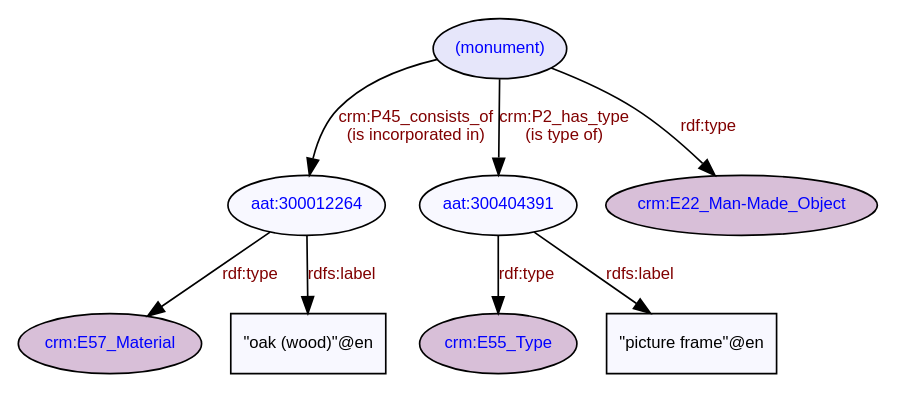
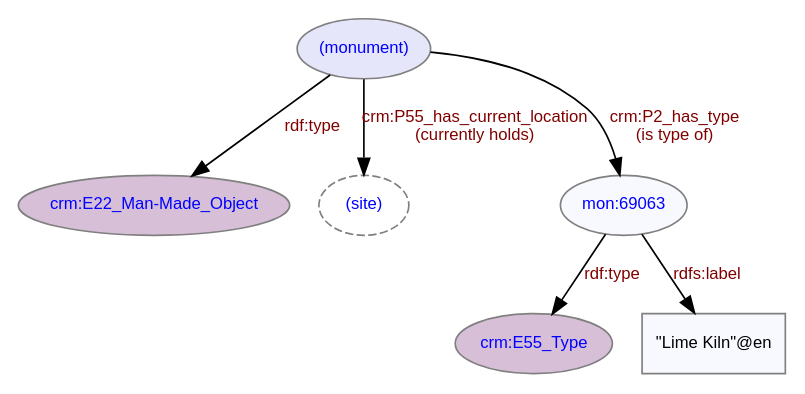
Before and after one commit to cbinding/LD4HE: the diagram in diagrams/ld4he-monument.dot, drawn with Graphviz. The commit also changed 66 other files, not shown here.

```diff
--- a/diagrams/ld4he-monument.dot
+++ b/diagrams/ld4he-monument.dot
@@ -1,21 +1,16 @@
 digraph {
    // label = "Monument";
    // labelloc = "t";
-   node [fontcolor=blue, fontsize=10, fontname=Arial, style=filled, fillcolor=ghostwhite];
-   edge [color=black, fontcolor=maroon, fontsize=10, fontname=Arial ];
-   "aat:300012264" [target="aat", URL="http://vocab.getty.edu/aat/300012264"];   
-   "aat:300404391" [target="aat", URL="http://vocab.getty.edu/aat/300404391"];
+   node [color=gray, fontcolor=blue, fontsize=10, fontname=Arial, style=filled, fillcolor=ghostwhite];
+   edge [color=black, fontcolor=maroon, fontsize=10, fontname=Arial];
    "crm:E22_Man-Made_Object" [fillcolor=thistle, target="crm", URL="http://www.cidoc-crm.org/cidoc-crm/E22_Man-Made_Object"];
-   "crm:E57_Material" [fillcolor=thistle, target="crm", URL="http://www.cidoc-crm.org/cidoc-crm/E57_Material"];
+   "crm:E55_Type" [fillcolor=thistle, target="crm", URL="http://www.cidoc-crm.org/cidoc-crm/E55_Type"];
+   "(site)" [style=dashed];
    "(monument)" [fillcolor=lavender];
-   "(monument)" -> "crm:E22_Man-Made_Object" [label="rdf:type", labelURL="http://www.w3.org/1999/02/22-rdf-syntax-ns#type"];
-   "(monument)" -> "aat:300012264" [label="crm:P45_consists_of\n(is incorporated in)", labelURL="http://www.cidoc-crm.org/cidoc-crm/P45_consists_of"];
-   "aat:300012264" -> "crm:E57_Material" [label="rdf:type", labelURL="http://www.w3.org/1999/02/22-rdf-syntax-ns#type"];  
-   "\"oak (wood)\"@en" [shape=box, fontcolor=black];
-   "aat:300012264" -> "\"oak (wood)\"@en" [label="rdfs:label", labelURL="http://www.w3.org/2000/01/rdf-schema#label"];
-   "crm:E55_Type" [fillcolor=thistle, target="crm", URL="http://www.cidoc-crm.org/cidoc-crm/E55_Type"];
-   "(monument)" -> "aat:300404391" [label="crm:P2_has_type\n(is type of)", labelURL="http://www.cidoc-crm.org/cidoc-crm/P2_has_type"];
-   "aat:300404391" -> "crm:E55_Type" [label="rdf:type", labelURL="http://www.w3.org/1999/02/22-rdf-syntax-ns#type"];
-   "\"picture frame\"@en" [shape=box, fontcolor=black];
-   "aat:300404391" ->  "\"picture frame\"@en" [label="rdfs:label", labelURL="http://www.w3.org/2000/01/rdf-schema#label"];
+   "(monument)" -> "crm:E22_Man-Made_Object" [label="rdf:type", labelURL="http://www.w3.org/1999/02/22-rdf-syntax-ns#type"];   
+   "(monument)" -> "mon:69063" [label="crm:P2_has_type\n(is type of)", labelURL="http://www.cidoc-crm.org/cidoc-crm/P2_has_type"];
+   "(monument)" -> "(site)" [label="crm:P55_has_current_location\n(currently holds)", labelURL="http://www.cidoc-crm.org/cidoc-crm/P55_has_current_location"];
+   "mon:69063" -> "crm:E55_Type" [label="rdf:type", labelURL="http://www.w3.org/1999/02/22-rdf-syntax-ns#type"];
+   "\"Lime Kiln\"@en" [shape=box, fontcolor=black];
+   "mon:69063" -> "\"Lime Kiln\"@en" [label="rdfs:label", labelURL="http://www.w3.org/2000/01/rdf-schema#label"];
  }
```
